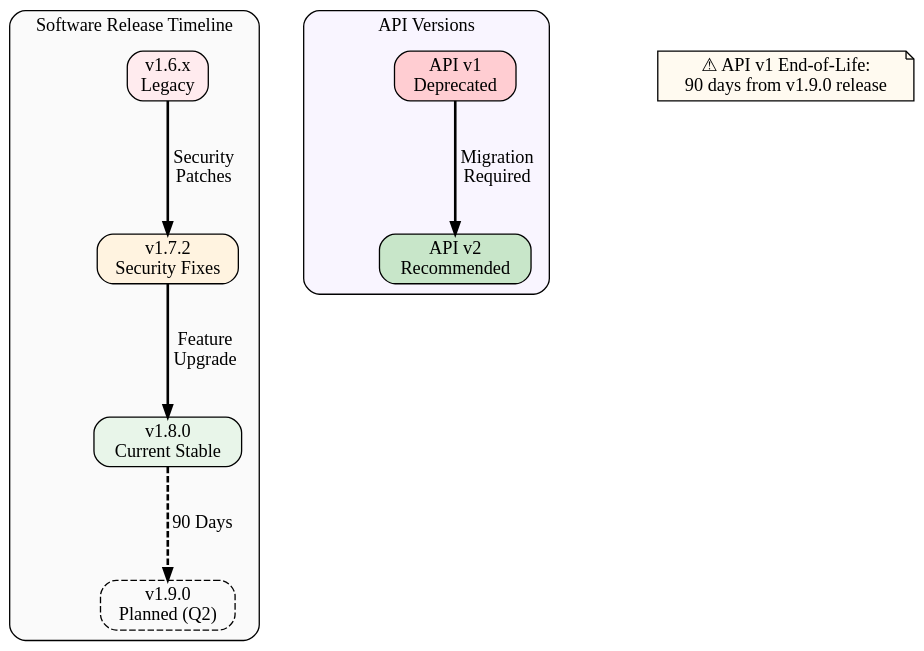
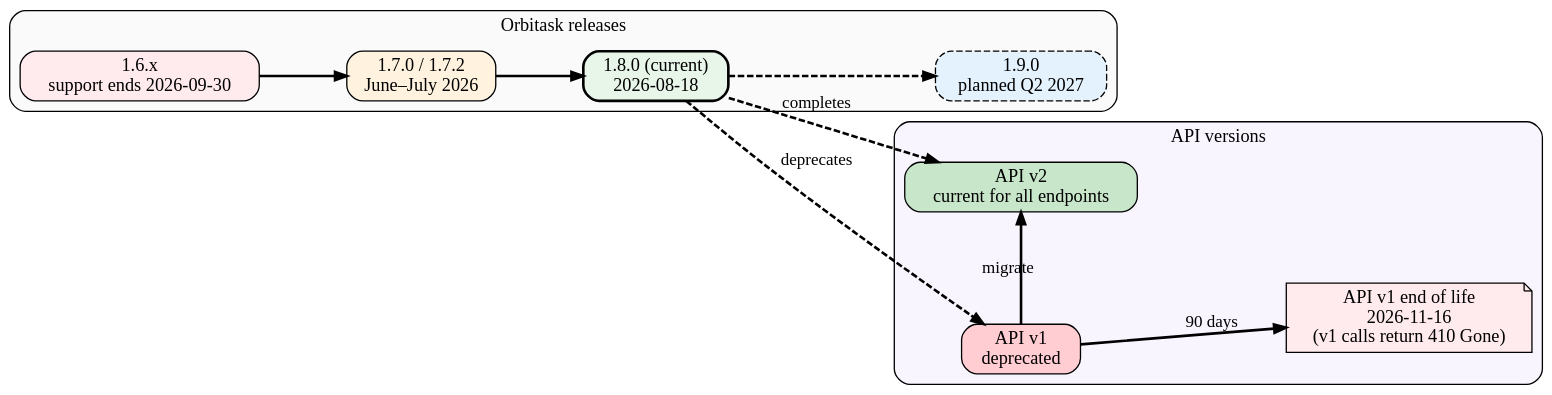
The diagram in src/software-guides/img/version-upgrade-path.dot (KorayErkan/tw-portfolio), drawn with Graphviz before and after one commit. The commit also changed 72 other files, not shown here.

```diff
--- a/src/software-guides/img/version-upgrade-path.dot
+++ b/src/software-guides/img/version-upgrade-path.dot
@@ -1,43 +1,31 @@
 digraph G {
-  graph [rankdir=TD, splines=false, bgcolor="transparent", nodesep=1.5, ranksep=1.0];
+  graph [rankdir=LR, bgcolor="transparent", nodesep=0.6, ranksep=0.9, fontname="Calibri", fontsize=14];
   node [shape=box, style="rounded,filled", fontname="Calibri", fontsize=14];
-  edge [arrowsize=0.9, penwidth=2, fontname="Calibri", fontsize=14];
+  edge [arrowsize=0.9, penwidth=2, fontname="Calibri", fontsize=13];
 
-  // Timeline - Software Versions
   subgraph cluster_timeline {
-    label="Software Release Timeline";
-    style="rounded,filled";
-    fillcolor="#fafafa";
-    fontname="Calibri";
-    fontsize=14;
-
-    v16 [label="v1.6.x\nLegacy", fillcolor="#ffebee"];
-    v17 [label="v1.7.2\nSecurity Fixes", fillcolor="#fff3e0"];
-    v18 [label="v1.8.0\nCurrent Stable", fillcolor="#e8f5e9"];
-    v19 [label="v1.9.0\nPlanned (Q2)", fillcolor="#e3f2fd", style="rounded,dashed"];
+    label="Orbitask releases";
+    style="rounded,filled"; fillcolor="#fafafa";
+    v16 [label="1.6.x\nsupport ends 2026-09-30", fillcolor="#ffebee"];
+    v17 [label="1.7.0 / 1.7.2\nJune–July 2026", fillcolor="#fff3e0"];
+    v18 [label="1.8.0 (current)\n2026-08-18", fillcolor="#e8f5e9", penwidth=2];
+    v19 [label="1.9.0\nplanned Q2 2027", fillcolor="#e3f2fd", style="rounded,dashed,filled"];
   }
 
-  // API Evolution
   subgraph cluster_api {
-    label="API Versions";
-    style="rounded,filled";
-    fillcolor="#f9f5ff";
-    fontname="Calibri";
-    fontsize=14;
-
-    api_v1 [label="API v1\nDeprecated", fillcolor="#ffcdd2"];
-    api_v2 [label="API v2\nRecommended", fillcolor="#c8e6c9"];
+    label="API versions";
+    style="rounded,filled"; fillcolor="#f9f5ff";
+    api_v2 [label="API v2\ncurrent for all endpoints", fillcolor="#c8e6c9"];
+    api_v1 [label="API v1\ndeprecated", fillcolor="#ffcdd2"];
+    api_v1_eol [label="API v1 end of life\n2026-11-16\n(v1 calls return 410 Gone)", fillcolor="#ffebee", shape=note];
   }
 
-  // Upgrade path
-  v16 -> v17 [label="Security\nPatches"];
-  v17 -> v18 [label="Feature\nUpgrade"];
-  v18 -> v19 [label="90 Days", style=dashed];
+  v16 -> v17;
+  v17 -> v18;
+  v18 -> v19 [style=dashed];
 
-  // API migration
-  api_v1 -> api_v2 [label="Migration\nRequired"];
-
-  // Support timeline
-  migration_note [label="⚠ API v1 End-of-Life:\n90 days from v1.9.0 release",
-                  fillcolor="#fffaf0", shape=note];
+  v18 -> api_v1 [label="deprecates", style=dashed];
+  v18 -> api_v2 [label="completes", style=dashed];
+  api_v1 -> api_v1_eol [label="90 days"];
+  api_v1 -> api_v2 [label="migrate", constraint=false];
 }
```
